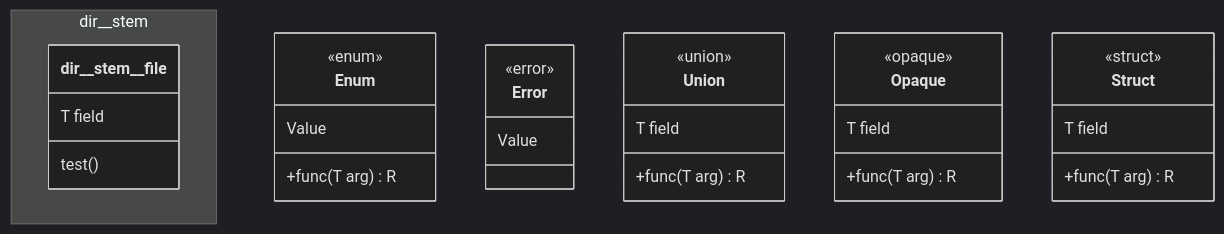
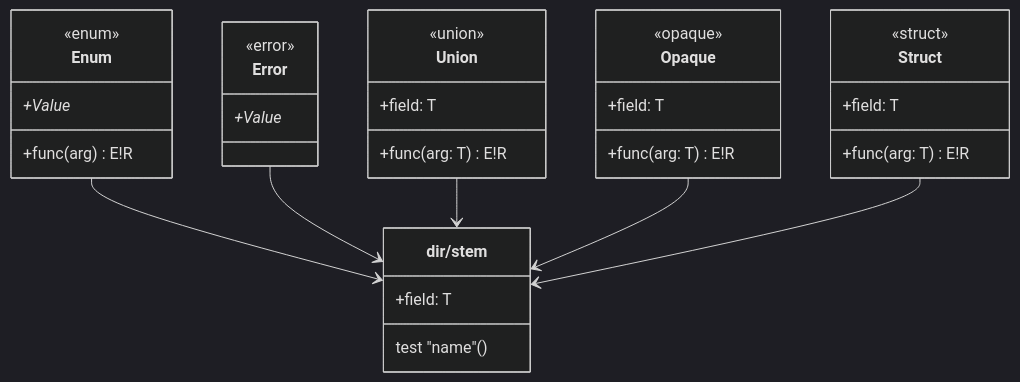
Before and after one commit to tensorush/meduza: the diagram in README.md, drawn with Mermaid (dark theme). The commit also changed other lines of this file, not shown here.

````diff
--- a/README.md
+++ b/README.md
@@ -48,35 +48,36 @@
 ```mermaid
 classDiagram
-    namespace dir__stem {
-        class dir__stem__file
+    class `dir/stem` {
+        +field: T
+        test "name"()
     }
-    class dir__stem__file {
-        T field
-        test()
-    }
-
     class Enum {
         <<enum>>
-        Value
-        +func(T arg) R
+        +Value*
+        +func(arg) E!R
     }
+    Enum --> `dir/stem`
     class Error {
         <<error>>
-        Value
+        +Value*
     }
+    Error --> `dir/stem`
     class Union {
         <<union>>
-        T field
-        +func(T arg) R
+        +field: T
+        +func(arg: T) E!R
     }
+    Union --> `dir/stem`
     class Opaque {
         <<opaque>>
-        T field
-        +func(T arg) R
+        +field: T
+        +func(arg: T) E!R
     }
+    Opaque --> `dir/stem`
     class Struct {
         <<struct>>
-        T field
-        +func(T arg) R
+        +field: T
+        +func(arg: T) E!R
     }
+    Struct --> `dir/stem`
 ```
````
